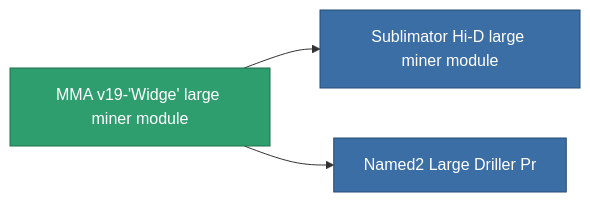
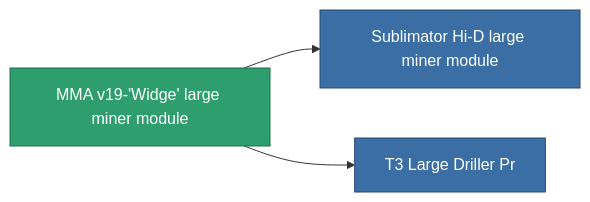
The diagram in content/content/items/named1_large_driller.md (OpenPerpetuum/Wiki), drawn with Mermaid before and after one commit. The commit also changed other lines of this file and 4904 other files, not shown here.

````diff
--- a/content/content/items/named1_large_driller.md
+++ b/content/content/items/named1_large_driller.md
@@ -57,13 +45,13 @@
 ```mermaid
 graph LR
     a["MMA v19-'Widge' large miner module"]:::current
     b["Sublimator Hi-D large miner module"]:::prod
     a --> b
     click b "/content/items/named2-large-driller/" "Sublimator Hi-D large miner module"
-    c["Named2 Large Driller Pr"]:::prod
+    c["T3 Large Driller Pr"]:::prod
     a --> c
-    click c "/content/items/named2-large-driller-pr/" "Named2 Large Driller Pr"
+    click c "/content/items/named2-large-driller-pr/" "T3 Large Driller Pr"
     classDef current fill:#2f9e6f,stroke:#1f6f4a,color:#ffffff
     classDef prod fill:#3b6ea5,stroke:#274a75,color:#ffffff
     classDef more fill:#39445a,stroke:#54658a,color:#d5dbe8
 ```
````
